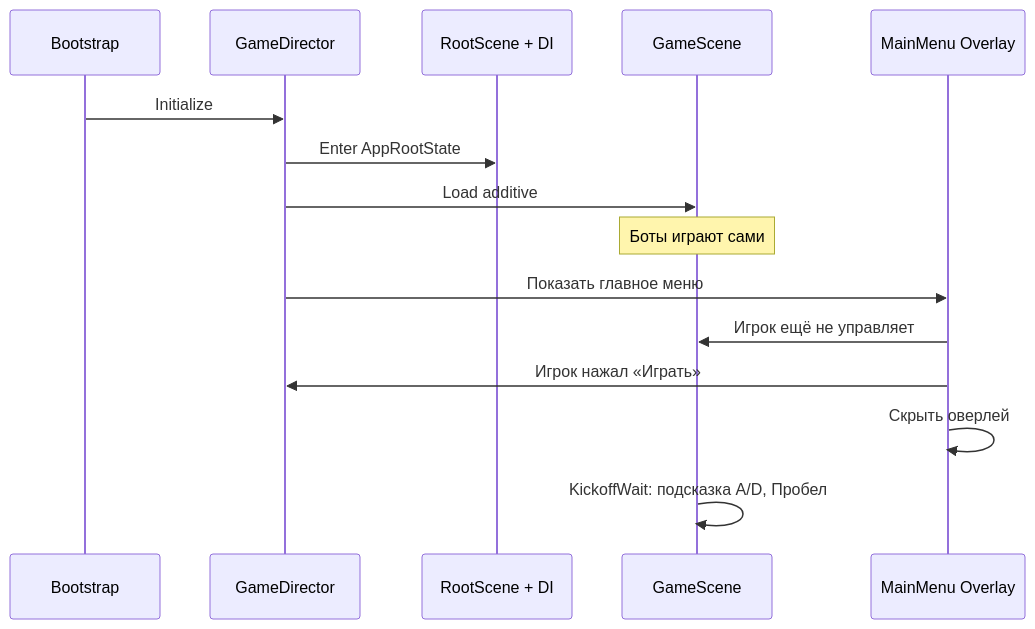
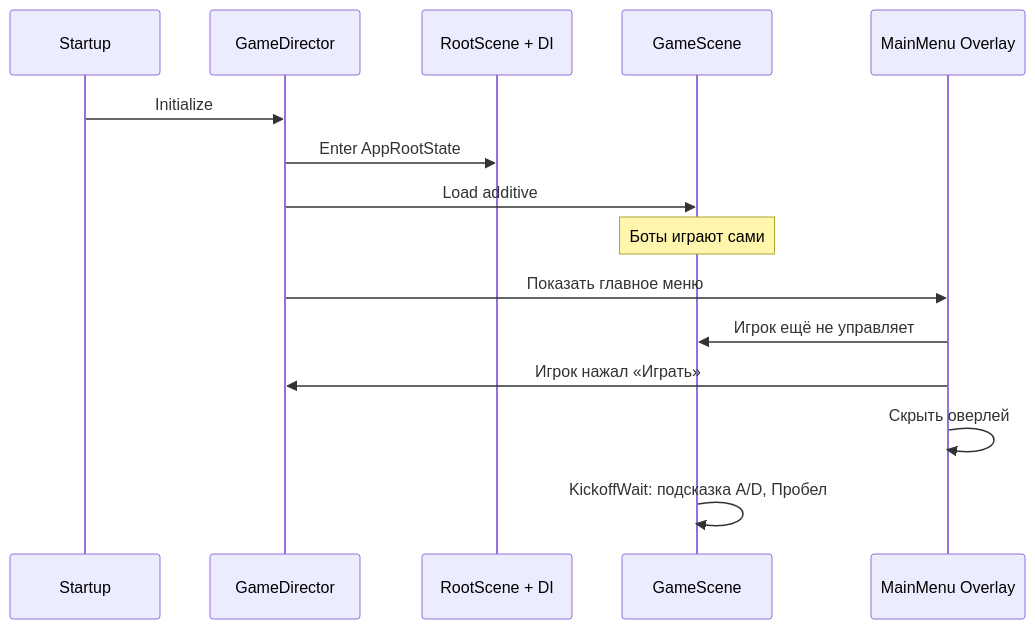
Before and after one commit to DeployChef/Futboloid: the second of 2 diagrams in Wiki/FutboloidWiki/Архитектура/Обзор архитектуры.md, drawn with Mermaid. The commit also changed other lines of this file and 102 other files, not shown here.

````diff
--- a/Wiki/FutboloidWiki/Архитектура/Обзор архитектуры.md
+++ b/Wiki/FutboloidWiki/Архитектура/Обзор архитектуры.md
@@ -68,18 +68,18 @@
 ```mermaid
 sequenceDiagram
-    participant Boot as Bootstrap
+    participant Boot as Startup
     participant Dir as GameDirector
     participant Root as RootScene + DI
     participant Game as GameScene
     participant UI as MainMenu Overlay
 
     Boot->>Dir: Initialize
     Dir->>Root: Enter AppRootState
     Dir->>Game: Load additive
     Note over Game: Боты играют сами
     Dir->>UI: Показать главное меню
     UI->>Game: Игрок ещё не управляет
     UI->>Dir: Игрок нажал «Играть»
     UI->>UI: Скрыть оверлей
     Game->>Game: KickoffWait: подсказка A/D, Пробел
 ```
````
